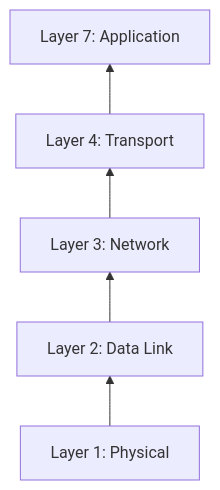
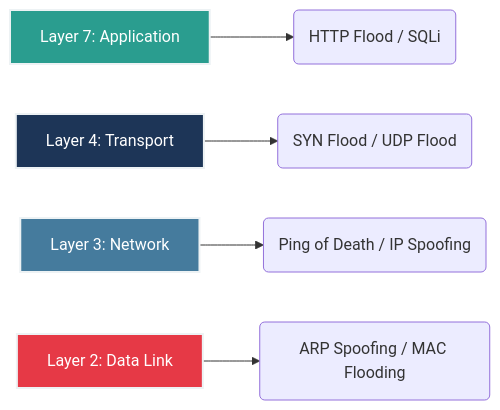
Before and after one commit to charithgunarathna/Cyber-Security-Mastery-Hub: the first of 2 diagrams in 02-Network-Security/README.md, drawn with Mermaid. The commit also changed other lines of this file, not shown here.

````diff
--- a/02-Network-Security/README.md
+++ b/02-Network-Security/README.md
@@ -14,7 +14,12 @@
 ```mermaid
-graph BT;
-    L1[Layer 1: Physical] --> L2[Layer 2: Data Link];
-    L2 --> L3[Layer 3: Network];
-    L3 --> L4[Layer 4: Transport];
-    L4 --> L7[Layer 7: Application];
+graph LR;
+    L7[Layer 7: Application] --> A7(HTTP Flood / SQLi);
+    L4[Layer 4: Transport] --> A4(SYN Flood / UDP Flood);
+    L3[Layer 3: Network] --> A3(Ping of Death / IP Spoofing);
+    L2[Layer 2: Data Link] --> A2(ARP Spoofing / MAC Flooding);
+    
+    style L7 fill:#2a9d8f,stroke:#edf2f4,stroke-width:2px,color:#fff
+    style L4 fill:#1d3557,stroke:#edf2f4,stroke-width:2px,color:#fff
+    style L3 fill:#457b9d,stroke:#edf2f4,stroke-width:2px,color:#fff
+    style L2 fill:#e63946,stroke:#edf2f4,stroke-width:2px,color:#fff
 ```
````
